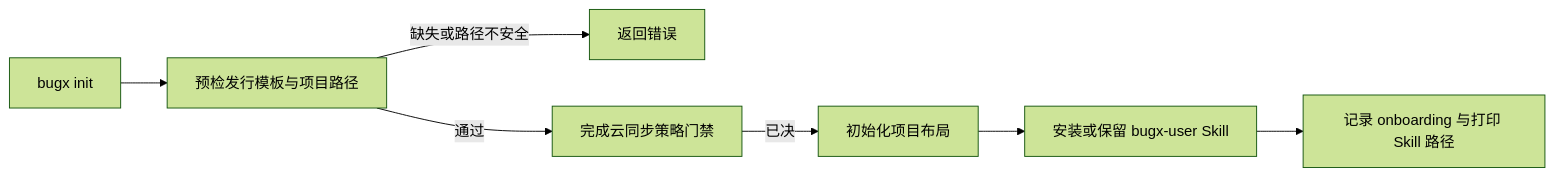
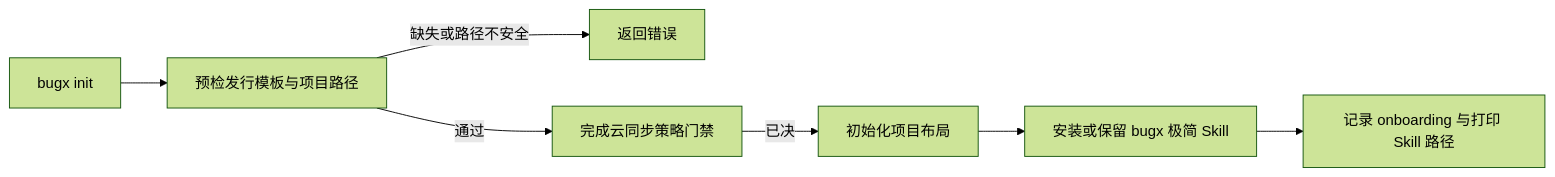
One commit to Bencibr/bugx changed the seventh of 32 diagrams in docs/02_architecture/03_BUGX_AUDIT_FLOW.md. Above: the diagram before and after it, drawn with Mermaid (forest theme). The commit also changed other lines of this file and 148 other files, not shown here.

````diff
--- a/docs/02_architecture/03_BUGX_AUDIT_FLOW.md
+++ b/docs/02_architecture/03_BUGX_AUDIT_FLOW.md
@@ -348,9 +348,9 @@
 ```mermaid
 flowchart LR
     A[bugx init] --> B[预检发行模板与项目路径]
     B -->|缺失或路径不安全| F[返回错误]
     B -->|通过| C[完成云同步策略门禁]
     C -->|已决| D[初始化项目布局]
-    D --> E[安装或保留 bugx-user Skill]
+    D --> E[安装或保留 bugx 极简 Skill]
     E --> G[记录 onboarding 与打印 Skill 路径]
 ```
````
